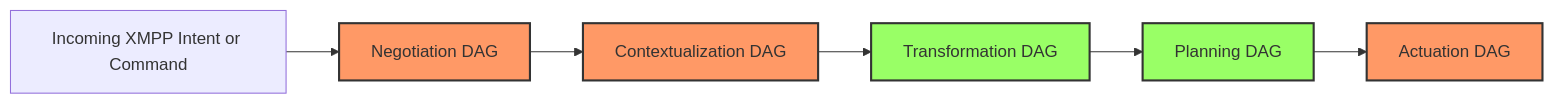
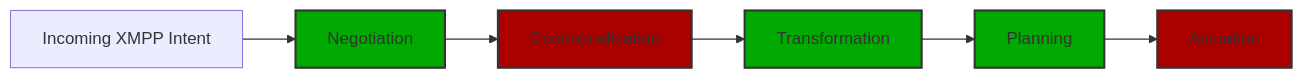
Before and after one commit to industry-digital/flux-game: the diagram in docs/architecture.md, drawn with Mermaid. The commit also changed other lines of this file and 7 other files, not shown here.

````diff
--- a/docs/architecture.md
+++ b/docs/architecture.md
@@ -108,14 +108,14 @@
 ```mermaid
 flowchart LR
-    A[Incoming XMPP Intent or Command] --> B[Negotiation DAG]
-    B --> C[Contextualization DAG]
-    C --> D[Transformation DAG]
-    D --> E[Planning DAG]
-    E --> F[Actuation DAG]
+    A[Incoming XMPP Intent] --> B[Negotiation]
+    B --> C[Contextualization]
+    C --> D[Transformation]
+    D --> E[Planning]
+    E --> F[Actuation]
 
-    classDef effectful fill:#f96,stroke:#333,stroke-width:2px
-    classDef pure fill:#9f6,stroke:#333,stroke-width:2px
+    classDef effectful fill:#a00,stroke:#333,stroke-width:2px
+    classDef pure fill:#0a0,stroke:#333,stroke-width:2px
 
-    class B,C,F effectful
-    class D,E pure
+    class C,F effectful
+    class B,D,E pure
 ```
````
